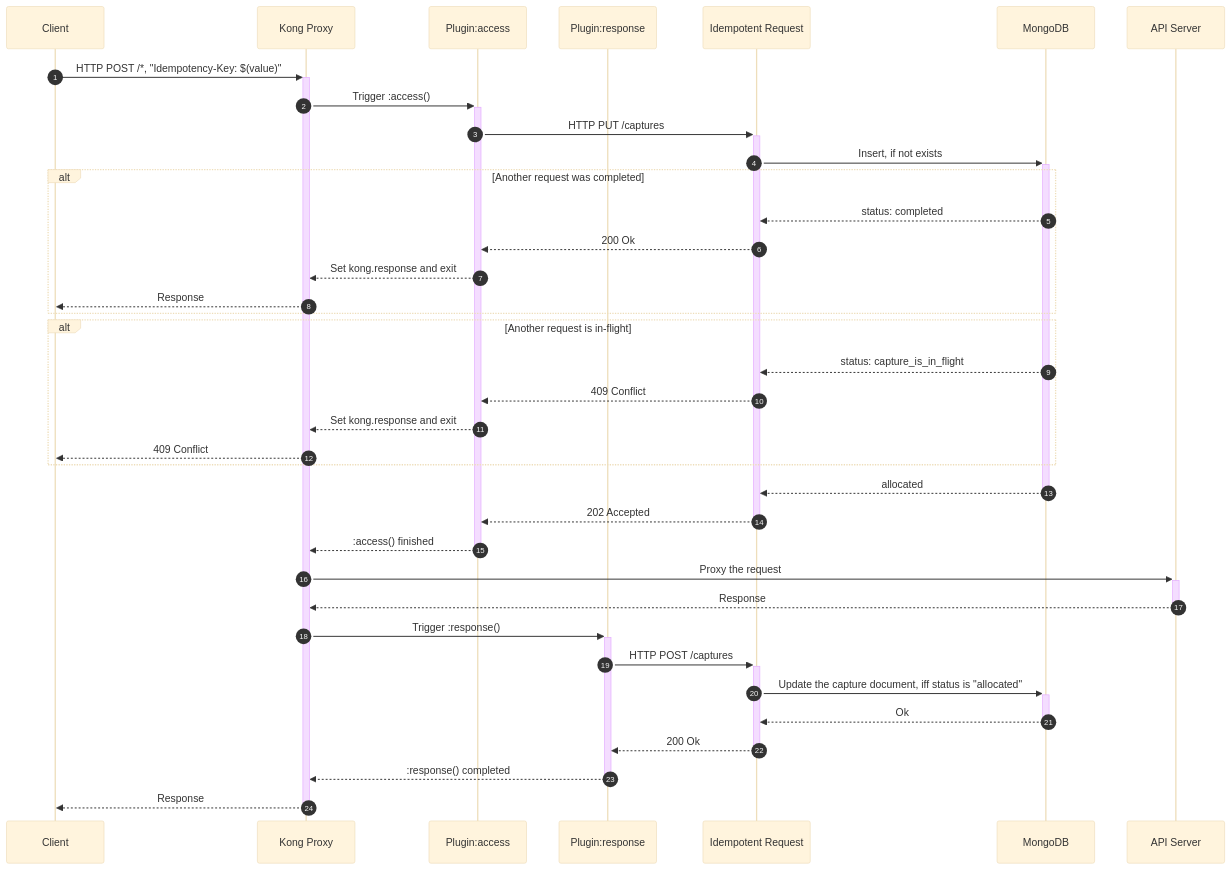
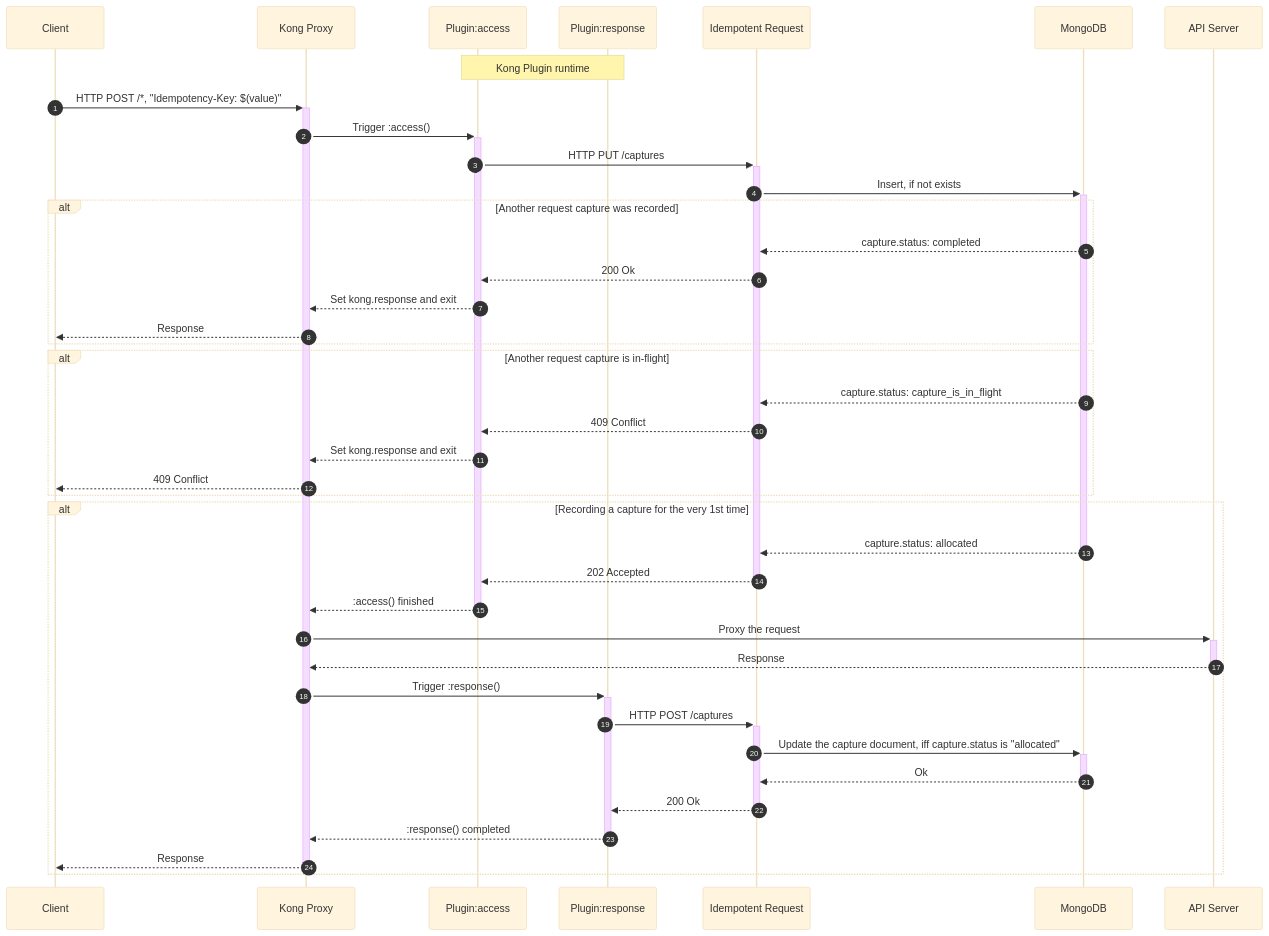
The diagram in docs/sequence.md (checkr/idempotent-requests), drawn with Mermaid (base theme) before and after one commit. The commit also changed 2 other files, not shown here.

````diff
--- a/docs/sequence.md
+++ b/docs/sequence.md
@@ -3,47 +3,51 @@
 ```mermaid
 sequenceDiagram
     autonumber
     participant client as Client
     participant kong as Kong Proxy
     participant plugin_access as Plugin:access
     participant plugin_response as Plugin:response
     participant irs as Idempotent Request
     participant mongo as MongoDB
     participant api as API Server
     
+    Note over plugin_access,plugin_response: Kong Plugin runtime
+    
     client ->> +kong: HTTP POST /*, "Idempotency-Key: $(value)"
     kong ->> +plugin_access: Trigger :access()
     plugin_access ->> +irs: HTTP PUT /captures
     irs ->> +mongo: Insert, if not exists
 
-    alt Another request was completed
-        mongo -->> irs: status: completed
+    alt Another request capture was recorded
+        mongo -->> irs: capture.status: completed
         irs -->> plugin_access: 200 Ok
         plugin_access -->> kong: Set kong.response and exit
         kong -->> client: Response
     end
     
-    alt Another request is in-flight
-        mongo -->> irs: status: capture_is_in_flight
+    alt Another request capture is in-flight
+        mongo -->> irs: capture.status: capture_is_in_flight
         irs -->> plugin_access: 409 Conflict
         plugin_access -->> kong: Set kong.response and exit
         kong -->> client: 409 Conflict
     end
     
-    mongo -->> -irs: allocated
-    irs -->> -plugin_access: 202 Accepted
-    plugin_access -->> -kong: :access() finished
+    alt Recording a capture for the very 1st time
+        mongo -->> -irs: capture.status: allocated
+        irs -->> -plugin_access: 202 Accepted
+        plugin_access -->> -kong: :access() finished
     
-    kong ->> +api: Proxy the request
-    api -->> -kong: Response
+        kong ->> +api: Proxy the request
+        api -->> -kong: Response
     
-    kong ->> +plugin_response: Trigger :response()
-    plugin_response ->> +irs: HTTP POST /captures
-    irs ->> +mongo: Update the capture document, iff status is "allocated"
-    mongo -->> -irs: Ok
-    irs -->> -plugin_response: 200 Ok
-    plugin_response -->> -kong: :response() completed
+        kong ->> +plugin_response: Trigger :response()
+        plugin_response ->> +irs: HTTP POST /captures
+        irs ->> +mongo: Update the capture document, iff capture.status is "allocated"
+        mongo -->> -irs: Ok
+        irs -->> -plugin_response: 200 Ok
+        plugin_response -->> -kong: :response() completed
     
-    kong -->> -client: Response
+        kong -->> -client: Response
+    end 
     
 ```
````
